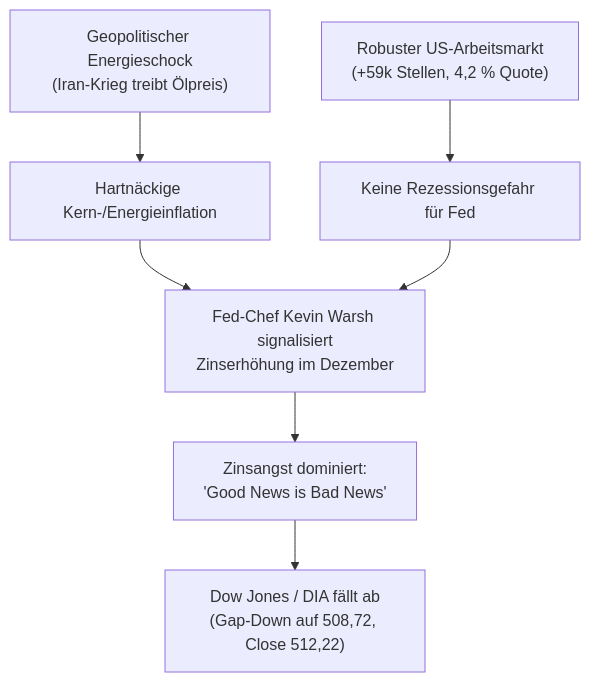
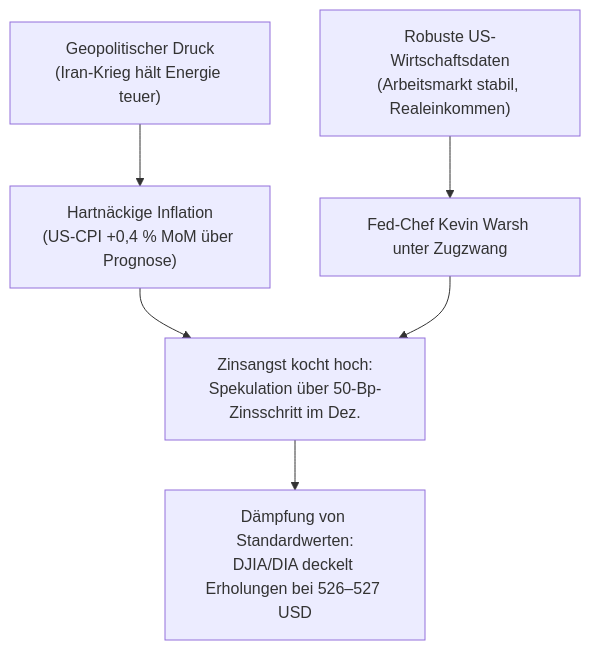
One commit to rhigazi/newscheck changed the diagram in okf-regeln/regel-zinsangst-good-news-bad-news.md. Above: the diagram before and after it, drawn with Mermaid. The commit also changed other lines of this file and 11 other files, not shown here.

````diff
--- a/okf-regeln/regel-zinsangst-good-news-bad-news.md
+++ b/okf-regeln/regel-zinsangst-good-news-bad-news.md
@@ -41,8 +38,7 @@
 ```mermaid
 flowchart TD
-    A["Geopolitischer Energieschock\n(Iran-Krieg treibt Ölpreis)"] --> B["Hartnäckige Kern-/Energieinflation"]
-    C["Robuster US-Arbeitsmarkt\n(+59k Stellen, 4,2 % Quote)"] --> D["Keine Rezessionsgefahr für Fed"]
-    B & D --> E["Fed-Chef Kevin Warsh signalisiert\nZinserhöhung im Dezember"]
-    E --> F["Zinsangst dominiert:\n'Good News is Bad News'"]
-    F --> G["Dow Jones / DIA fällt ab\n(Gap-Down auf 508,72, Close 512,22)"]
+    A["Geopolitischer Druck\n(Iran-Krieg hält Energie teuer)"] --> B["Hartnäckige Inflation\n(US-CPI +0,4 % MoM über Prognose)"]
+    C["Robuste US-Wirtschaftsdaten\n(Arbeitsmarkt stabil, Realeinkommen)"] --> D["Fed-Chef Kevin Warsh unter Zugzwang"]
+    B & D --> E["Zinsangst kocht hoch:\nSpekulation über 50-Bp-Zinsschritt im Dez."]
+    E --> F["Dämpfung von Standardwerten:\nDJIA/DIA deckelt Erholungen bei 526–527 USD"]
 ```
````
